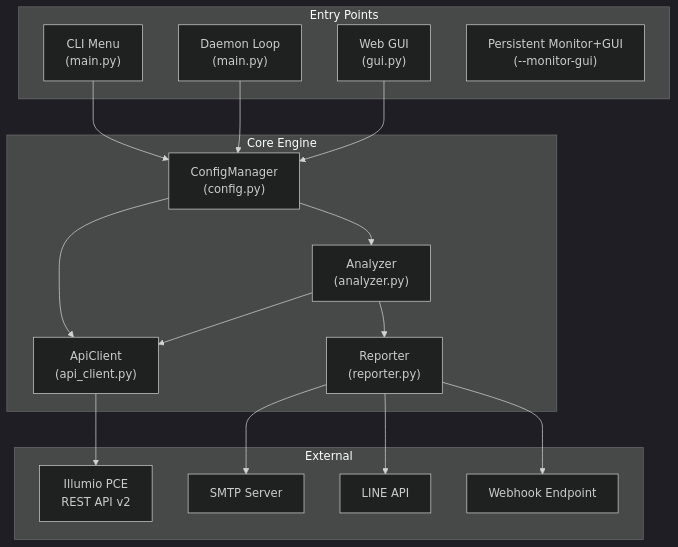
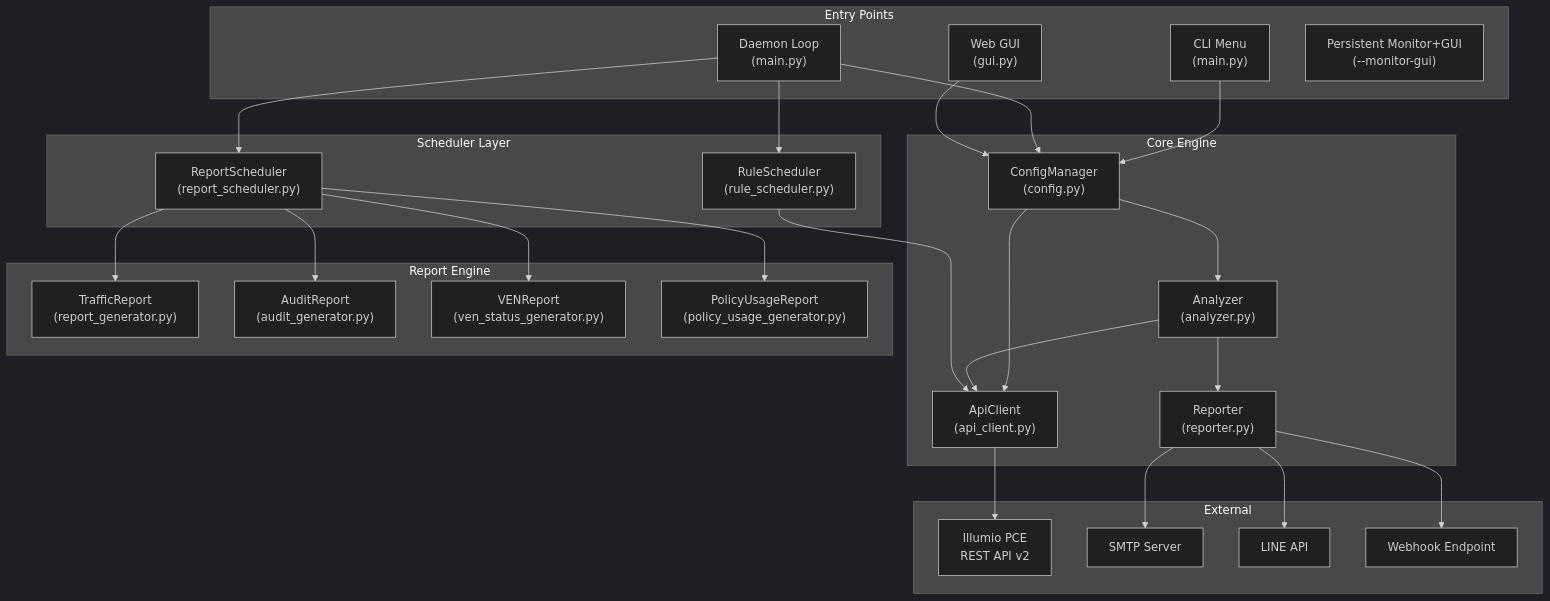
Before and after one commit to harry10148/illumio-ops: the first of 2 diagrams in docs/Project_Architecture.md, drawn with Mermaid (dark theme). The commit also changed other lines of this file and 15 other files, not shown here.

````diff
--- a/docs/Project_Architecture.md
+++ b/docs/Project_Architecture.md
@@ -9,35 +9,54 @@
 ```mermaid
 graph TB
     subgraph Entry["Entry Points"]
         CLI["CLI Menu<br/>(main.py)"]
         DAEMON["Daemon Loop<br/>(main.py)"]
         GUI["Web GUI<br/>(gui.py)"]
         PERSIST["Persistent Monitor+GUI<br/>(--monitor-gui)"]
     end
 
     subgraph Core["Core Engine"]
         CFG["ConfigManager<br/>(config.py)"]
         API["ApiClient<br/>(api_client.py)"]
         ANA["Analyzer<br/>(analyzer.py)"]
         REP["Reporter<br/>(reporter.py)"]
+    end
+
+    subgraph Scheduler["Scheduler Layer"]
+        RSCHED["ReportScheduler<br/>(report_scheduler.py)"]
+        RULSCHED["RuleScheduler<br/>(rule_scheduler.py)"]
+    end
+
+    subgraph Report["Report Engine"]
+        RGEN["TrafficReport<br/>(report_generator.py)"]
+        AGEN["AuditReport<br/>(audit_generator.py)"]
+        VGEN["VENReport<br/>(ven_status_generator.py)"]
+        PUGEN["PolicyUsageReport<br/>(policy_usage_generator.py)"]
     end
 
     subgraph External["External"]
         PCE["Illumio PCE<br/>REST API v2"]
         SMTP_SVC["SMTP Server"]
         LINE_SVC["LINE API"]
         HOOK_SVC["Webhook Endpoint"]
     end
 
     CLI --> CFG
     DAEMON --> CFG
     GUI --> CFG
     CFG --> API
     API --> PCE
     CFG --> ANA
     ANA --> API
     ANA --> REP
+    DAEMON --> RSCHED
+    DAEMON --> RULSCHED
+    RSCHED --> RGEN
+    RSCHED --> AGEN
+    RSCHED --> VGEN
+    RSCHED --> PUGEN
+    RULSCHED --> API
     REP --> SMTP_SVC
     REP --> LINE_SVC
     REP --> HOOK_SVC
 ```
````
